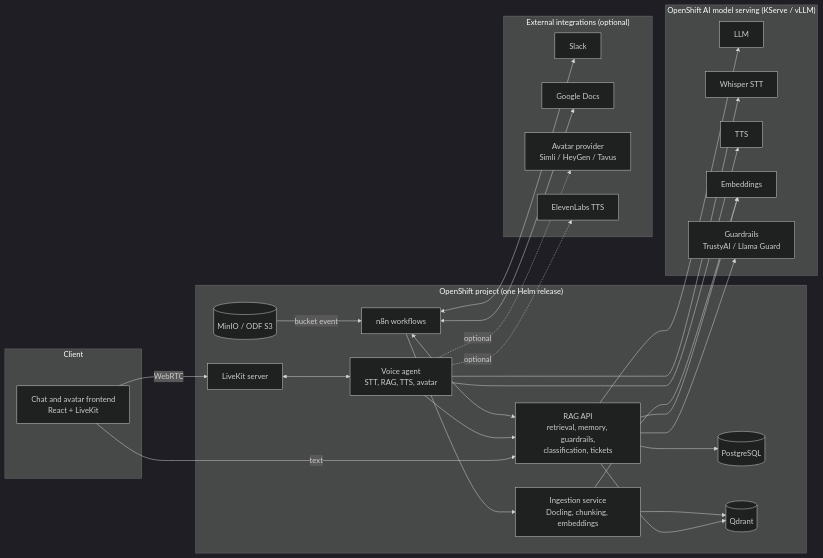
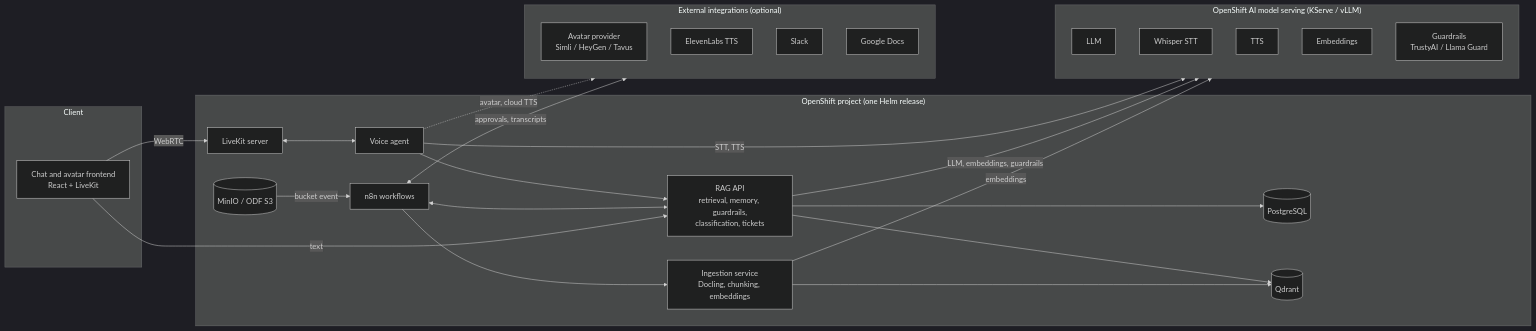
One commit to heiba/enterprise-voice-avatar-assistant changed the diagram in README.md. Above: the diagram before and after it, drawn with Mermaid (dark theme). The commit also changed other lines of this file and 1 other file, not shown here.

Commit message:
Add architecture diagram PNG and collapse the Mermaid source

````diff
--- a/README.md
+++ b/README.md
@@ -55,49 +56,44 @@
 ```mermaid
 flowchart LR
   subgraph Client
     UI[Chat and avatar frontend<br/>React + LiveKit]
   end
   subgraph OpenShift["OpenShift project (one Helm release)"]
     LK[LiveKit server]
-    VA[Voice agent<br/>STT, RAG, TTS, avatar]
+    VA[Voice agent]
     RAG[RAG API<br/>retrieval, memory, guardrails,<br/>classification, tickets]
     ING[Ingestion service<br/>Docling, chunking, embeddings]
     N8N[n8n workflows]
+    S3[(MinIO / ODF S3)]
     PG[(PostgreSQL)]
     QD[(Qdrant)]
-    S3[(MinIO / ODF S3)]
+    LK <--> VA
+    VA --> RAG
+    S3 -- bucket event --> N8N
+    N8N --> ING
+    N8N <--> RAG
+    RAG --> PG
+    RAG --> QD
+    ING --> QD
   end
   subgraph RHOAI["OpenShift AI model serving (KServe / vLLM)"]
     LLM[LLM]
     STT[Whisper STT]
     TTS[TTS]
     EMB[Embeddings]
     GR[Guardrails<br/>TrustyAI / Llama Guard]
   end
   subgraph External["External integrations (optional)"]
+    AV[Avatar provider<br/>Simli / HeyGen / Tavus]
+    EL[ElevenLabs TTS]
     SL[Slack]
     GD[Google Docs]
-    AV[Avatar provider<br/>Simli / HeyGen / Tavus]
-    EL[ElevenLabs TTS]
   end
+  UI -- WebRTC --> LK
   UI -- text --> RAG
-  UI -- WebRTC --> LK
-  LK <--> VA
-  VA --> STT
-  VA --> TTS
-  VA --> RAG
-  VA -. optional .-> AV
-  VA -. optional .-> EL
-  RAG --> LLM
-  RAG --> EMB
-  RAG --> GR
-  RAG --> QD
-  RAG --> PG
-  S3 -- bucket event --> N8N
-  N8N --> ING
-  ING --> EMB
-  ING --> QD
-  N8N <--> RAG
-  N8N <--> SL
-  N8N <--> GD
+  VA -- STT, TTS --> RHOAI
+  RAG -- LLM, embeddings, guardrails --> RHOAI
+  ING -- embeddings --> RHOAI
+  VA -. avatar, cloud TTS .-> External
+  N8N <-- approvals, transcripts --> External
 ```
````
